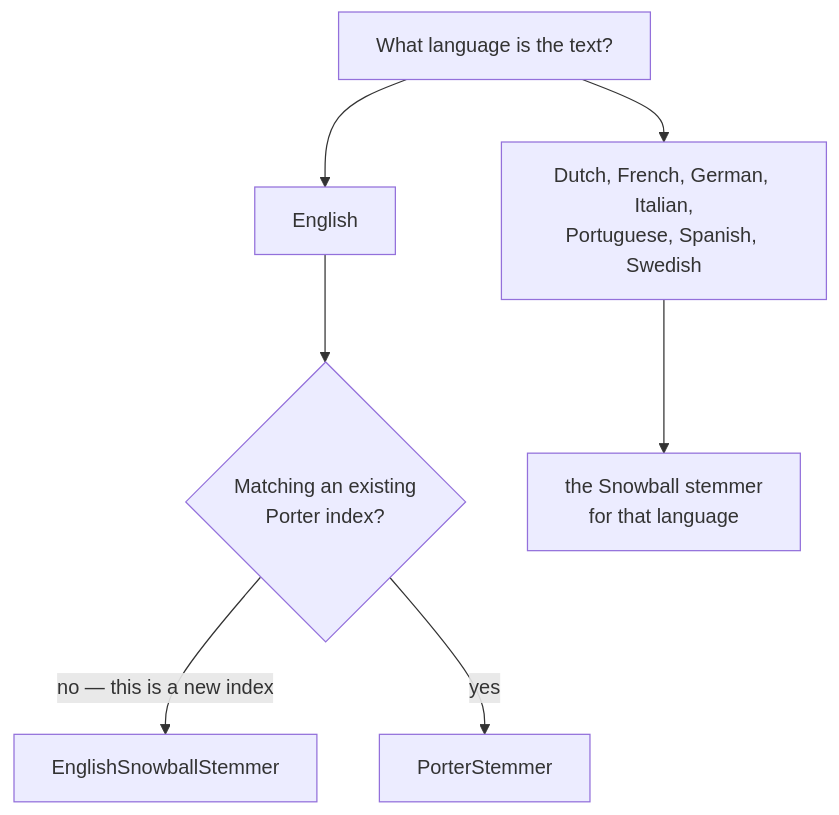
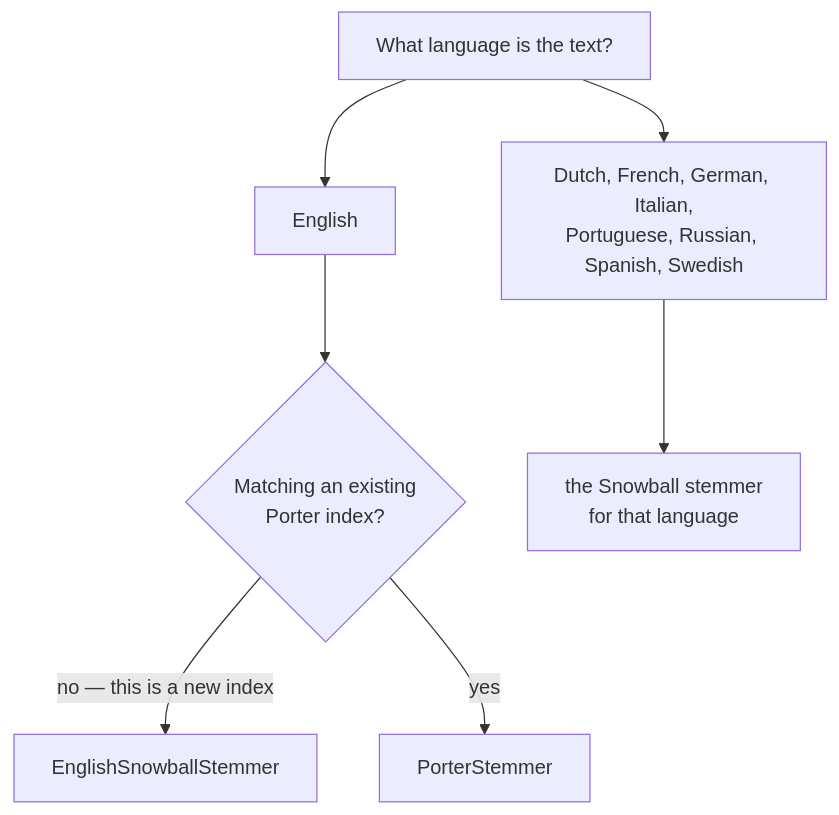
One commit to CyrilB1531/lodestar changed the diagram in docs/reference/text/stemming.md. Above: the diagram before and after it, drawn with Mermaid. The commit also changed other lines of this file and 13 other files, not shown here.

````diff
--- a/docs/reference/text/stemming.md
+++ b/docs/reference/text/stemming.md
@@ -12,9 +12,9 @@
 ```mermaid
 flowchart TD
     A["What language is the text?"] --> B["English"]
-    A --> C["Dutch, French, German, Italian,<br/>Portuguese, Spanish, Swedish"]
+    A --> C["Dutch, French, German, Italian,<br/>Portuguese, Russian, Spanish, Swedish"]
     B --> D{"Matching an existing<br/>Porter index?"}
     D -->|"no — this is a new index"| E["EnglishSnowballStemmer"]
     D -->|"yes"| F["PorterStemmer"]
     C --> G["the Snowball stemmer<br/>for that language"]
 ```
````
